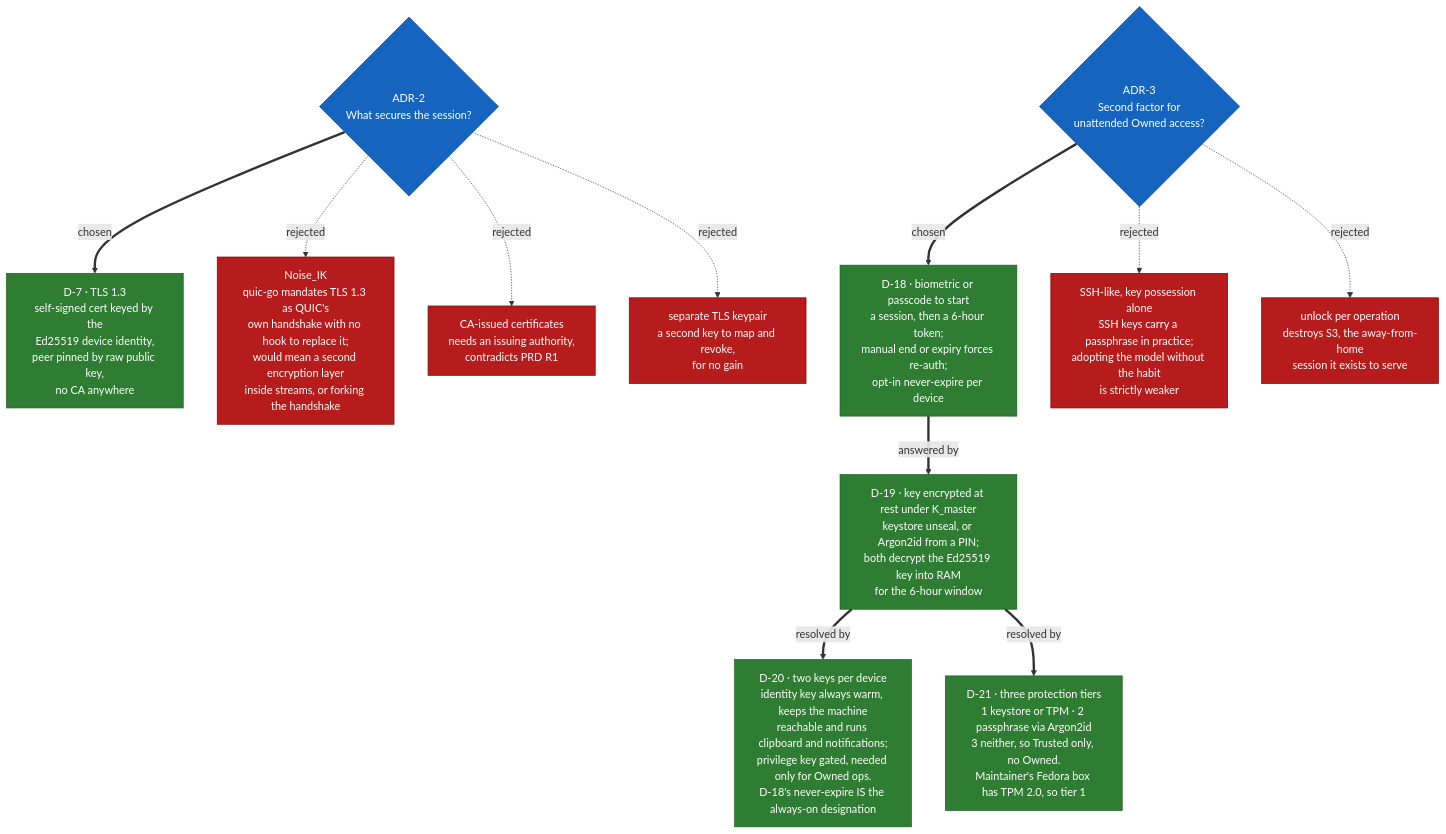
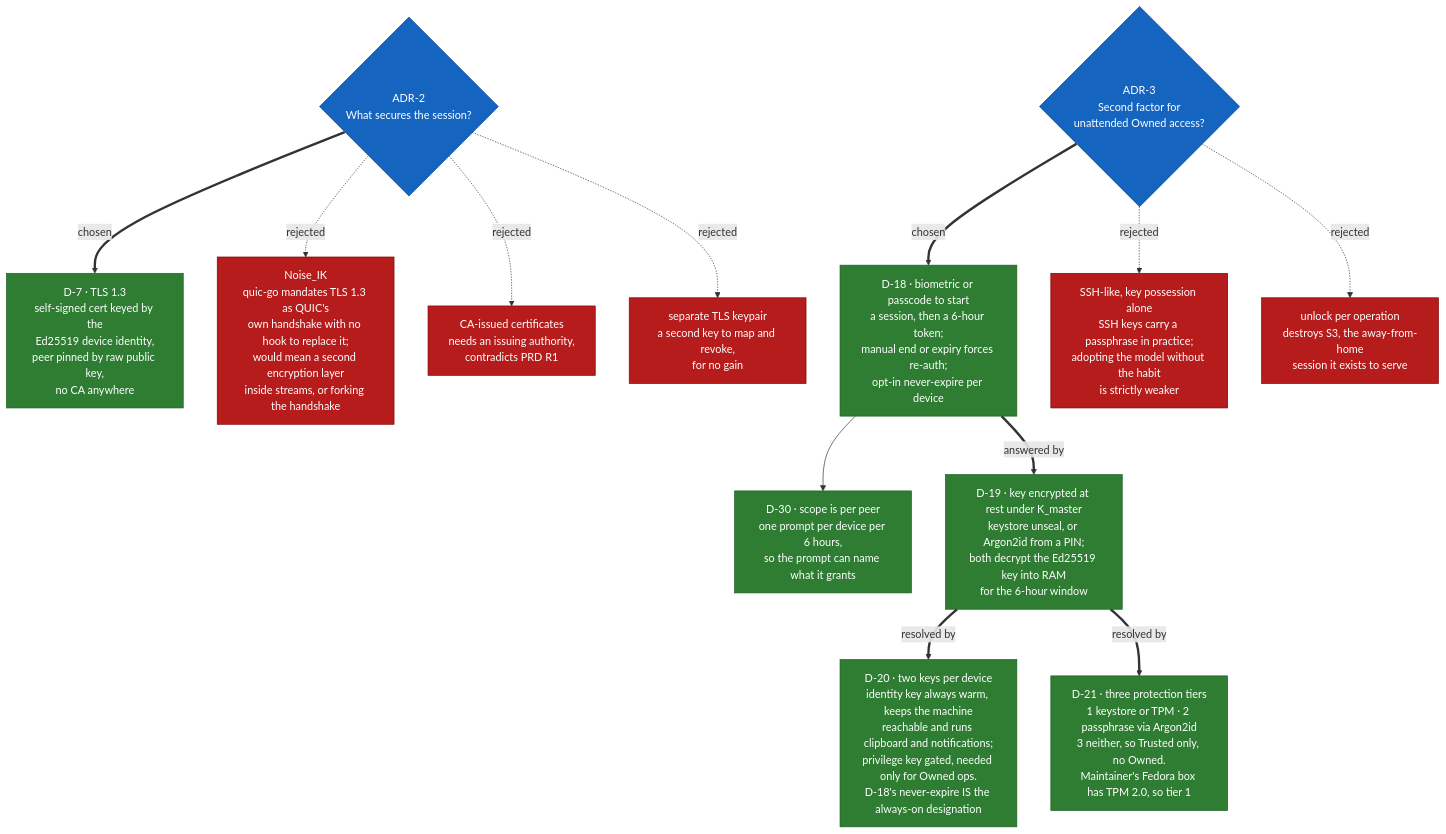
Before and after one commit to shreyashsri79/OpenAir: the second of 4 diagrams in docs/decision-tree.md, drawn with Mermaid. The commit also changed other lines of this file, not shown here.

````diff
--- a/docs/decision-tree.md
+++ b/docs/decision-tree.md
@@ -78,21 +79,22 @@
 ```mermaid
 flowchart TD
     Q3{"ADR-2<br/>What secures the session?"}:::question
     Q3 ==chosen==> D7["D-7 · TLS 1.3<br/>self-signed cert keyed by the<br/>Ed25519 device identity,<br/>peer pinned by raw public key,<br/>no CA anywhere"]:::accepted
     Q3 -.rejected.-> R3A["Noise_IK<br/>quic-go mandates TLS 1.3 as QUIC's<br/>own handshake with no hook to replace it;<br/>would mean a second encryption layer<br/>inside streams, or forking the handshake"]:::rejected
     Q3 -.rejected.-> R3B["CA-issued certificates<br/>needs an issuing authority,<br/>contradicts PRD R1"]:::rejected
     Q3 -.rejected.-> R3C["separate TLS keypair<br/>a second key to map and revoke,<br/>for no gain"]:::rejected
 
     Q4{"ADR-3<br/>Second factor for<br/>unattended Owned access?"}:::question
     Q4 ==chosen==> D18["D-18 · biometric or passcode to start<br/>a session, then a 6-hour token;<br/>manual end or expiry forces re-auth;<br/>opt-in never-expire per device"]:::accepted
+    D18 --> D30["D-30 · scope is per peer<br/>one prompt per device per 6 hours,<br/>so the prompt can name what it grants"]:::accepted
     D18 ==answered by==> D19["D-19 · key encrypted at rest under K_master<br/>keystore unseal, or Argon2id from a PIN;<br/>both decrypt the Ed25519 key into RAM<br/>for the 6-hour window"]:::accepted
     D19 ==resolved by==> D20["D-20 · two keys per device<br/>identity key always warm, keeps the machine<br/>reachable and runs clipboard and notifications;<br/>privilege key gated, needed only for Owned ops.<br/>D-18's never-expire IS the always-on designation"]:::accepted
     D19 ==resolved by==> D21["D-21 · three protection tiers<br/>1 keystore or TPM · 2 passphrase via Argon2id<br/>3 neither, so Trusted only, no Owned.<br/>Maintainer's Fedora box has TPM 2.0, so tier 1"]:::accepted
     Q4 -.rejected.-> R4A["SSH-like, key possession alone<br/>SSH keys carry a passphrase in practice;<br/>adopting the model without the habit<br/>is strictly weaker"]:::rejected
     Q4 -.rejected.-> R4B["unlock per operation<br/>destroys S3, the away-from-home<br/>session it exists to serve"]:::rejected
 
     classDef question fill:#1565c0,color:#fff,stroke:#0d47a1
     classDef accepted fill:#2e7d32,color:#fff,stroke:#1b5e20
     classDef rejected fill:#b71c1c,color:#fff,stroke:#7f0000
     classDef open fill:#ef6c00,color:#fff,stroke:#e65100
 ```
````
